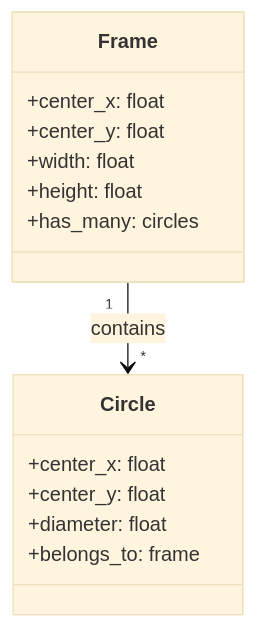
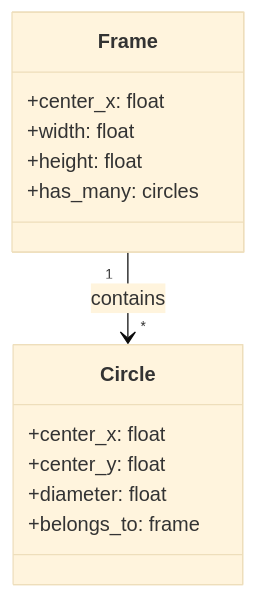
One commit to enogrob/rails_frames_and_circles_api changed the third of 8 diagrams in README.md. Above: the diagram before and after it, drawn with Mermaid (base theme). The commit also changed other lines of this file, not shown here.

````diff
--- a/README.md
+++ b/README.md
@@ -136,18 +136,17 @@
 ```mermaid
 %% Class Diagram with Pastel Colors and Emoticons
 classDiagram
     class Frame {
         +center_x: float
-        +center_y: float
         +width: float
         +height: float
         +has_many: circles
     }
     class Circle {
         +center_x: float
         +center_y: float
         +diameter: float
         +belongs_to: frame
     }
     Frame "1" --> "*" Circle : contains
 ```
````
